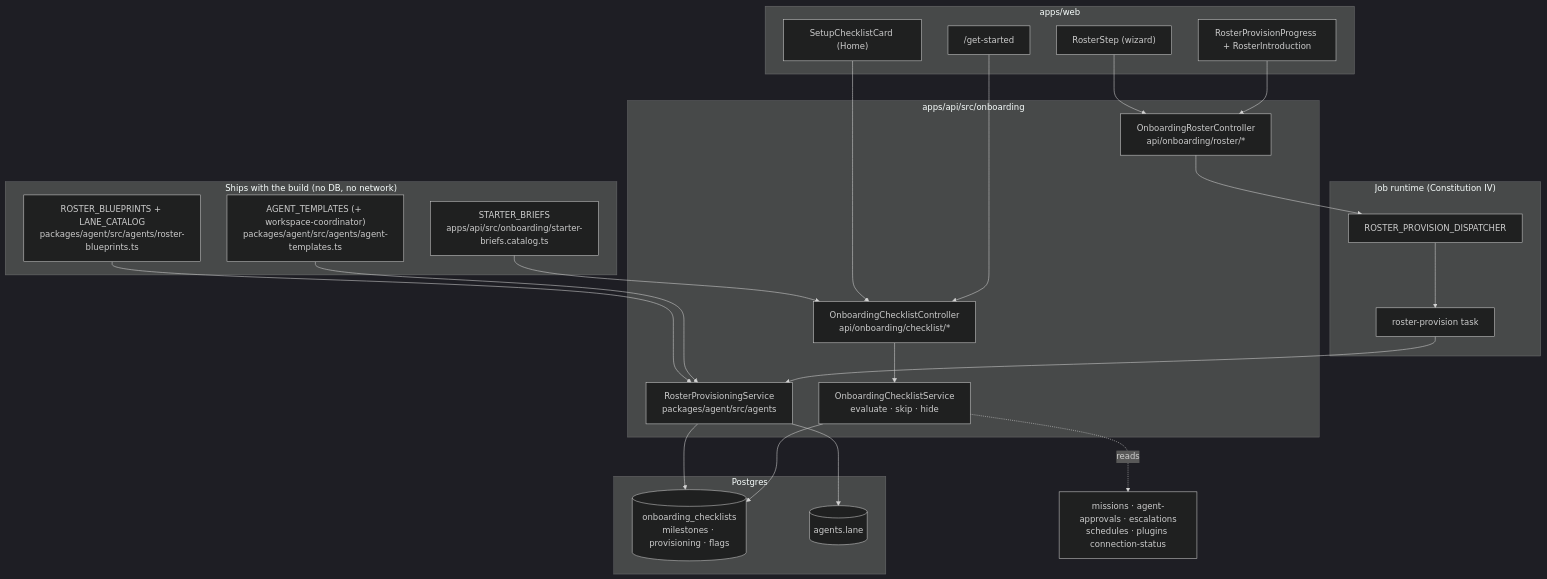
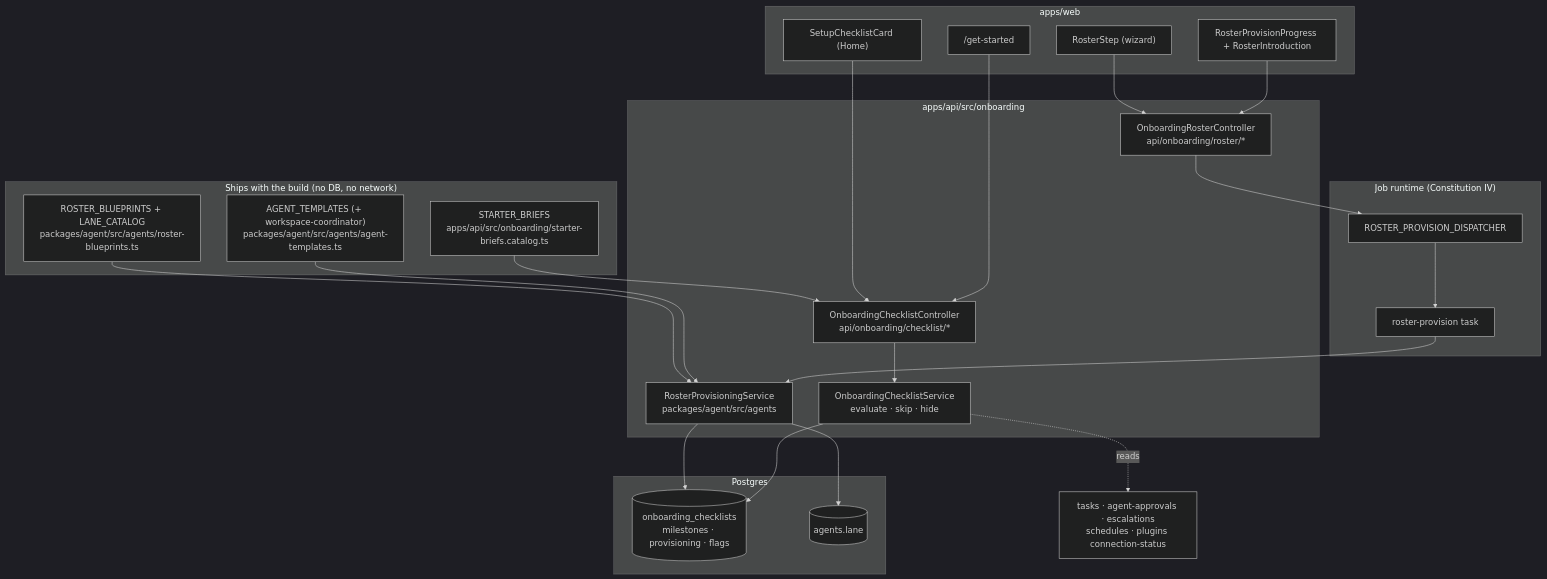
Before and after one commit to ever-works/ever-works: the diagram in docs/specs/features/agent-workspace/AW-20-onboarding/plan.md, drawn with Mermaid (dark theme). The commit also changed other lines of this file and 25 other files, not shown here.

````diff
--- a/docs/specs/features/agent-workspace/AW-20-onboarding/plan.md
+++ b/docs/specs/features/agent-workspace/AW-20-onboarding/plan.md
@@ -130,44 +130,44 @@
 ```mermaid
 flowchart TB
     subgraph build["Ships with the build (no DB, no network)"]
         BP["ROSTER_BLUEPRINTS + LANE_CATALOG<br/>packages/agent/src/agents/roster-blueprints.ts"]
         TPL["AGENT_TEMPLATES (+ workspace-coordinator)<br/>packages/agent/src/agents/agent-templates.ts"]
         BRIEF["STARTER_BRIEFS<br/>apps/api/src/onboarding/starter-briefs.catalog.ts"]
     end
 
     subgraph api["apps/api/src/onboarding"]
         RC["OnboardingRosterController<br/>api/onboarding/roster/*"]
         CC["OnboardingChecklistController<br/>api/onboarding/checklist/*"]
         CS["OnboardingChecklistService<br/>evaluate · skip · hide"]
         RS["RosterProvisioningService<br/>packages/agent/src/agents"]
     end
 
     subgraph db["Postgres"]
         CL[("onboarding_checklists<br/>milestones · provisioning · flags")]
         AG[("agents.lane")]
     end
 
     subgraph jobs["Job runtime (Constitution IV)"]
         DISP["ROSTER_PROVISION_DISPATCHER"]
         TASK["roster-provision task"]
     end
 
     subgraph web["apps/web"]
         STEP["RosterStep (wizard)"]
         PANEL["RosterProvisionProgress + RosterIntroduction"]
         CARD["SetupChecklistCard (Home)"]
         PAGE["/get-started"]
     end
 
     BP --> RS
     TPL --> RS
     BRIEF --> CC
     RC --> DISP --> TASK --> RS --> AG
     RS --> CL
     CC --> CS --> CL
-    CS -. reads .-> EXT["missions · agent-approvals · escalations<br/>schedules · plugins connection-status"]
+    CS -. reads .-> EXT["tasks · agent-approvals · escalations<br/>schedules · plugins connection-status"]
     STEP --> RC
     PANEL --> RC
     CARD --> CC
     PAGE --> CC
 ```
````
